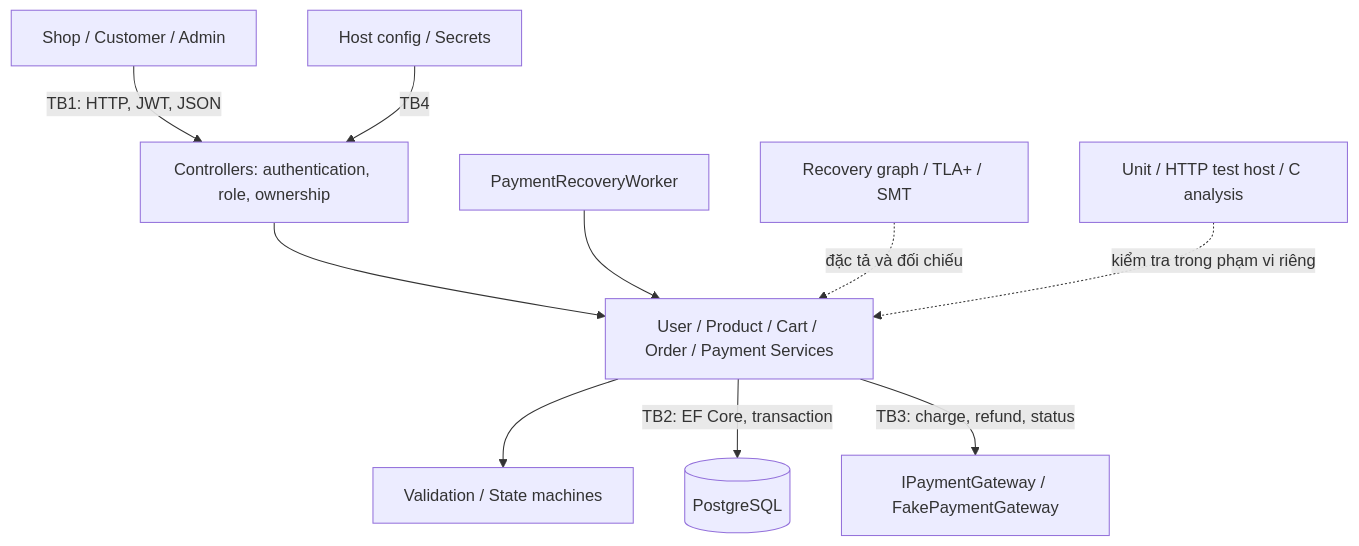
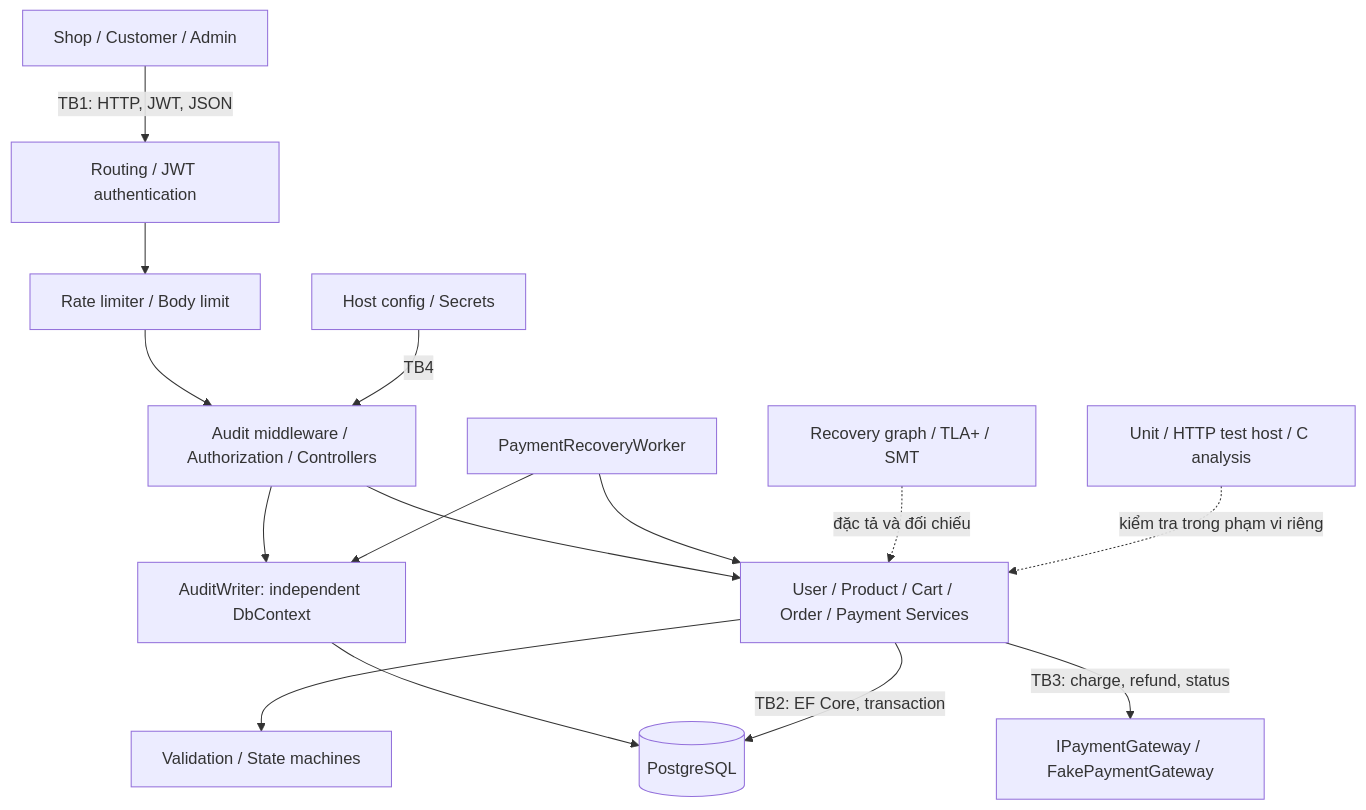
One commit to HoagnPham/OrderPaymentMicroservice changed the first of 2 diagrams in security-analysis/report/BAO_CAO.md. Above: the diagram before and after it, drawn with Mermaid. The commit also changed other lines of this file and 87 other files, not shown here.

````diff
--- a/security-analysis/report/BAO_CAO.md
+++ b/security-analysis/report/BAO_CAO.md
@@ -126,12 +129,17 @@
 ```mermaid
 flowchart TD
-    Client[Shop / Customer / Admin] -->|TB1: HTTP, JWT, JSON| API[Controllers: authentication, role, ownership]
+    Client[Shop / Customer / Admin] -->|TB1: HTTP, JWT, JSON| Auth[Routing / JWT authentication]
+    Auth --> Admission[Rate limiter / Body limit]
+    Admission --> API[Audit middleware / Authorization / Controllers]
     API --> Services[User / Product / Cart / Order / Payment Services]
     Services --> Guards[Validation / State machines]
+    API --> Audit[AuditWriter: independent DbContext]
+    Audit --> DB
+    Worker --> Audit
     Services -->|TB2: EF Core, transaction| DB[(PostgreSQL)]
     Services -->|TB3: charge, refund, status| Gateway[IPaymentGateway / FakePaymentGateway]
     Config[Host config / Secrets] -->|TB4| API
     Worker[PaymentRecoveryWorker] --> Services
     Model[Recovery graph / TLA+ / SMT] -. đặc tả và đối chiếu .-> Services
     Tests[Unit / HTTP test host / C analysis] -. kiểm tra trong phạm vi riêng .-> Services
 ```
````
